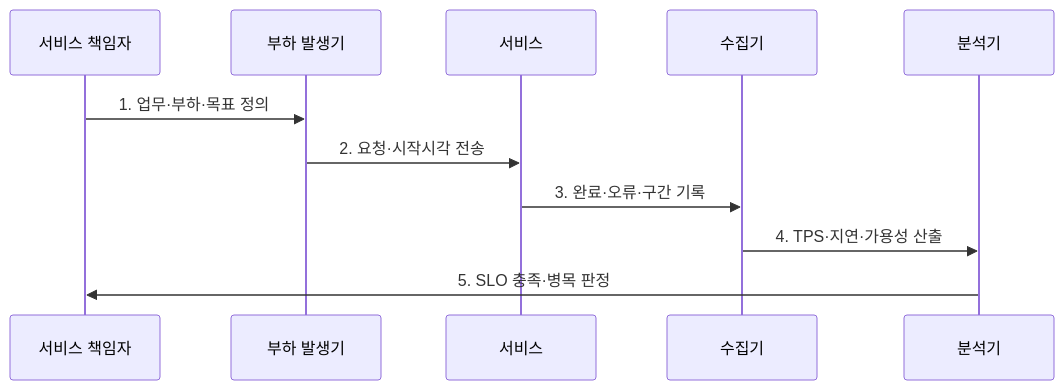
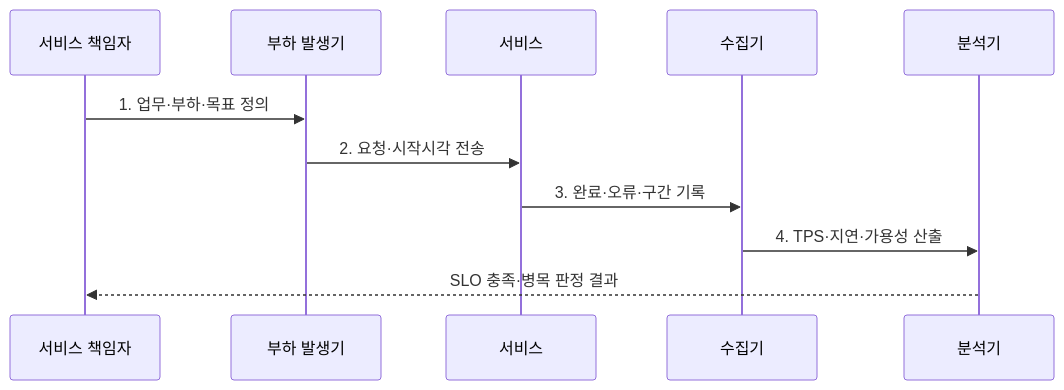
One commit to agnusdei1207/knowledge-base changed the second of 2 diagrams in src/content/docs/notes/06-evaluation/001_system_kpi_tps_response_time.md. Above: the diagram before and after it, drawn with Mermaid. The commit also changed other lines of this file and 20 other files, not shown here.

````diff
--- a/src/content/docs/notes/06-evaluation/001_system_kpi_tps_response_time.md
+++ b/src/content/docs/notes/06-evaluation/001_system_kpi_tps_response_time.md
@@ -85,13 +85,13 @@
 ```mermaid
 sequenceDiagram
   participant O as 서비스 책임자
   participant L as 부하 발생기
   participant S as 서비스
   participant C as 수집기
   participant A as 분석기
   O->>L: 1. 업무·부하·목표 정의
   L->>S: 2. 요청·시작시각 전송
   S->>C: 3. 완료·오류·구간 기록
   C->>A: 4. TPS·지연·가용성 산출
-  A->>O: 5. SLO 충족·병목 판정
+  A-->>O: SLO 충족·병목 판정 결과
 ```
````
